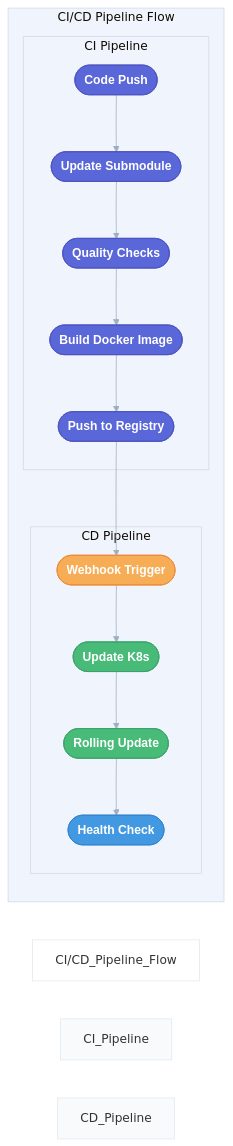
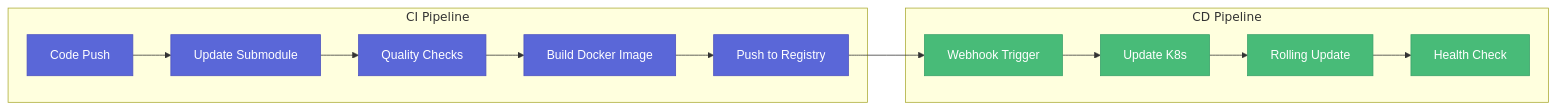
The first of 4 diagrams in README.md (DanorSODA/Devops-Course-Final-Project), drawn with Mermaid before and after one commit.

Commit message:
fix ci-cd pipline graph

````diff
--- a/README.md
+++ b/README.md
@@ -41,36 +41,22 @@
 ```mermaid
-%%{init: {
-  'theme': 'base',
-  'themeVariables': {
-    'primaryColor': '#5a67d8',
-    'edgeLabelBackground':'#ffffff',
-    'tertiaryColor': '#f0f4fd',
-    'lineColor': '#a0aec0',
-    'fontFamily': 'arial',
-    'fontSize': '16px'
-  }
-}}%%
 graph LR
-    subgraph "CI/CD Pipeline Flow"
-        style CI/CD_Pipeline_Flow fill:#ffffff,stroke:#e2e8f0
-        subgraph "CI Pipeline"
-            style CI_Pipeline fill:#f8fafc,stroke:#e2e8f0
-            A([Code Push]):::action --> B([Update Submodule]):::action
-            B --> C([Quality Checks]):::action
-            C --> D([Build Docker Image]):::action
-            D --> E([Push to Registry]):::action
-        end
-        subgraph "CD Pipeline"
-            style CD_Pipeline fill:#f8fafc,stroke:#e2e8f0
-            E --> F([Webhook Trigger]):::trigger
-            F --> G([Update K8s]):::deploy
-            G --> H([Rolling Update]):::deploy
-            H --> I([Health Check]):::status
-        end
+    subgraph "CI Pipeline"
+        A[Code Push] --> B[Update Submodule]
+        B --> C[Quality Checks]
+        C --> D[Build Docker Image]
+        D --> E[Push to Registry]
+    end
+    subgraph "CD Pipeline"
+        E --> F[Webhook Trigger]
+        F --> G[Update K8s]
+        G --> H[Rolling Update]
+        H --> I[Health Check]
     end
 
-    classDef action fill:#5a67d8,stroke:#4c51bf,color:#fff,font-family:arial,font-weight:bold
-    classDef trigger fill:#f6ad55,stroke:#ed8936,color:#fff,font-family:arial,font-weight:bold
-    classDef deploy fill:#48bb78,stroke:#38a169,color:#fff,font-family:arial,font-weight:bold
-    classDef status fill:#4299e1,stroke:#3182ce,color:#fff,font-family:arial,font-weight:bold
+    classDef default fill:#ffffff,stroke:#e2e8f0,color:#4a5568,font-family:arial
+    classDef ci fill:#5a67d8,stroke:#4c51bf,color:#fff,font-family:arial
+    classDef cd fill:#48bb78,stroke:#38a169,color:#fff,font-family:arial
+
+    class A,B,C,D,E ci
+    class F,G,H,I cd
 ```
````
